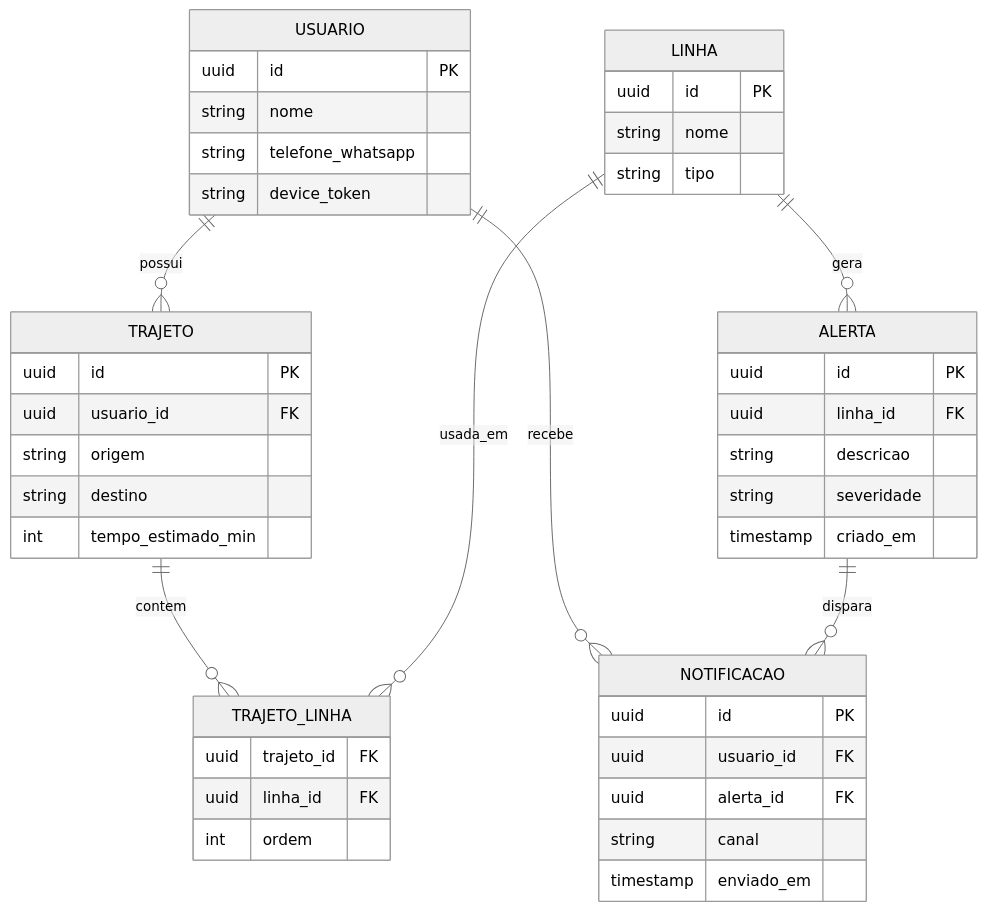
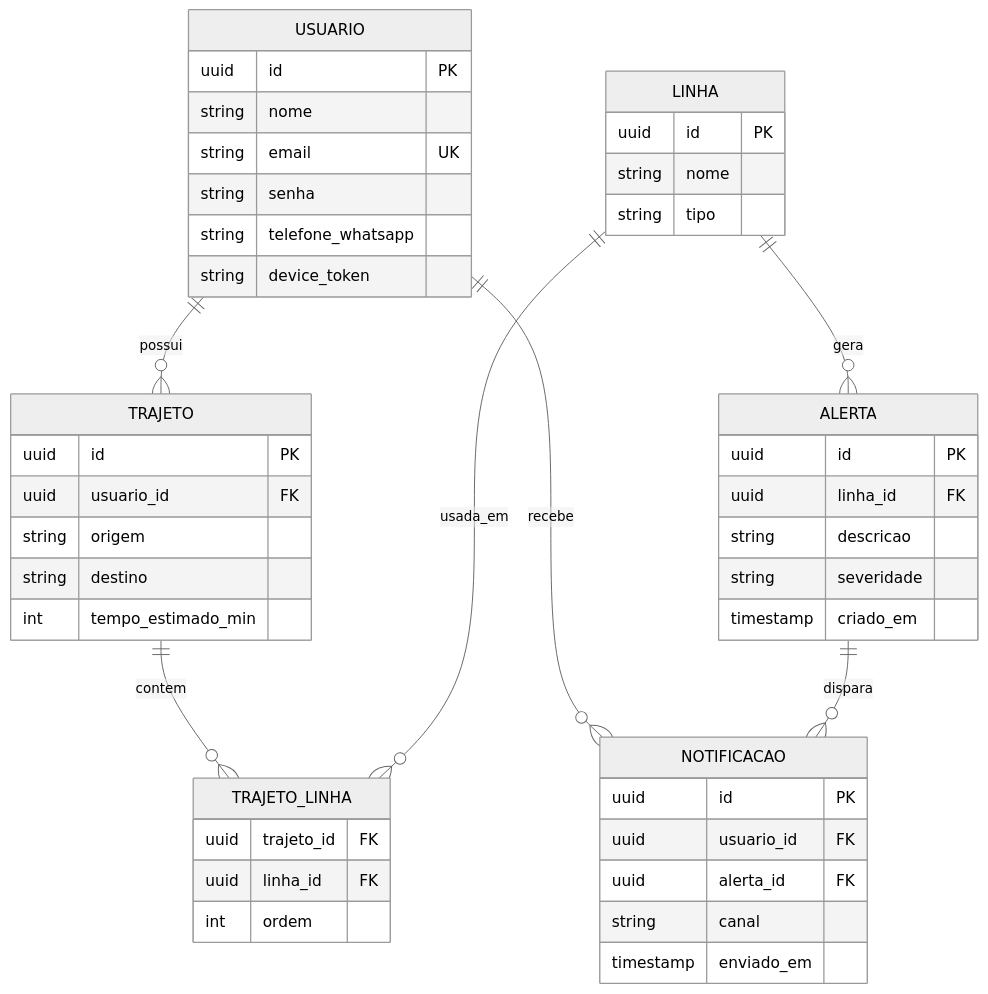
Before and after one commit to tinhascode/essarota: the diagram in src/main/java/io/github/tinhascode/essarota/docs/documentation-system.md, drawn with Mermaid (neutral theme). The commit also changed other lines of this file and 1 other file, not shown here.

````diff
--- a/src/main/java/io/github/tinhascode/essarota/docs/documentation-system.md
+++ b/src/main/java/io/github/tinhascode/essarota/docs/documentation-system.md
@@ -61,47 +61,49 @@
 ```mermaid
 erDiagram
   USUARIO ||--o{ TRAJETO : possui
   TRAJETO ||--o{ TRAJETO_LINHA : contem
   LINHA ||--o{ TRAJETO_LINHA : usada_em
   LINHA ||--o{ ALERTA : gera
   USUARIO ||--o{ NOTIFICACAO : recebe
   ALERTA ||--o{ NOTIFICACAO : dispara
 
   USUARIO {
     uuid id PK
     string nome
+    string email UK
+    string senha
     string telefone_whatsapp
     string device_token
   }
   TRAJETO {
     uuid id PK
     uuid usuario_id FK
     string origem
     string destino
     int tempo_estimado_min
   }
   LINHA {
     uuid id PK
     string nome
     string tipo
   }
   TRAJETO_LINHA {
     uuid trajeto_id FK
     uuid linha_id FK
     int ordem
   }
   ALERTA {
     uuid id PK
     uuid linha_id FK
     string descricao
     string severidade
     timestamp criado_em
   }
   NOTIFICACAO {
     uuid id PK
     uuid usuario_id FK
     uuid alerta_id FK
     string canal
     timestamp enviado_em
   }
 ```
````
